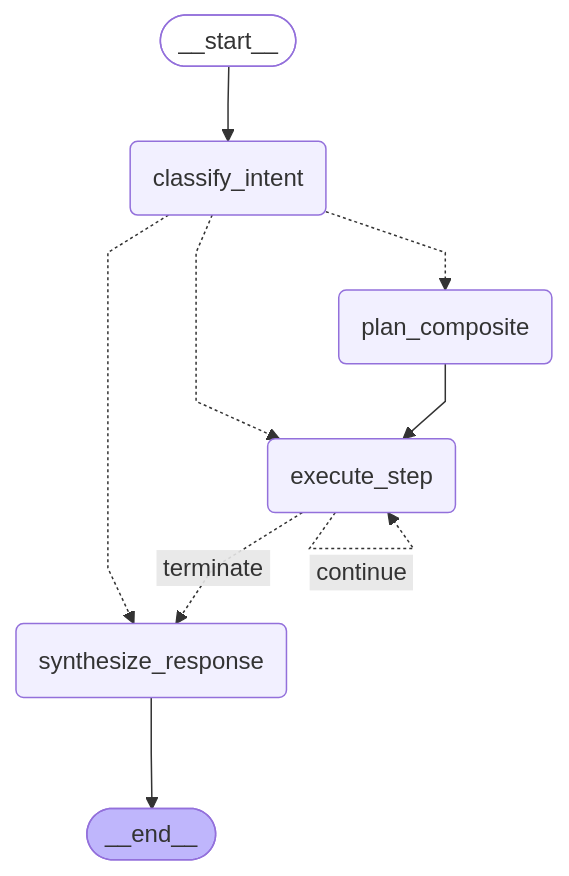
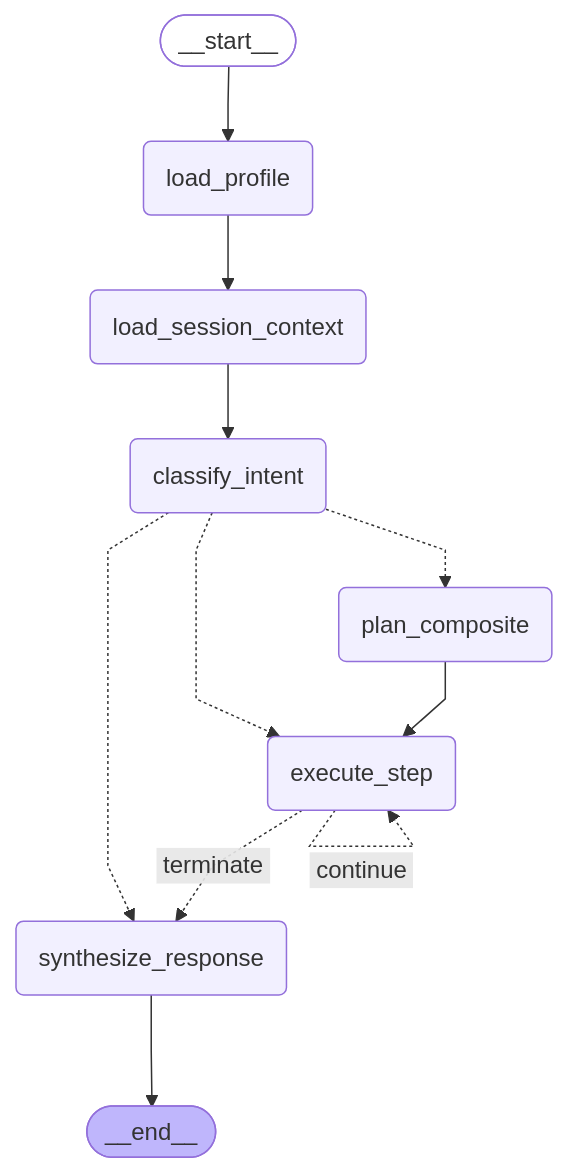
Before and after one commit to San-ti-P/ai-tutor: the diagram in docs/presentation/assets/orchestrator.mmd, drawn with Mermaid. The commit also changed 4 other files, not shown here.

First line of the commit message:
docs: regenerate agent graphs from dev + add slideshow.md

```diff
--- a/docs/presentation/assets/orchestrator.mmd
+++ b/docs/presentation/assets/orchestrator.mmd
@@ -1,23 +1,27 @@
 ---
 config:
   flowchart:
     curve: linear
 ---
 graph TD;
 	__start__([<p>__start__</p>]):::first
+	load_profile(load_profile)
+	load_session_context(load_session_context)
 	classify_intent(classify_intent)
 	plan_composite(plan_composite)
 	execute_step(execute_step)
 	synthesize_response(synthesize_response)
 	__end__([<p>__end__</p>]):::last
-	__start__ --> classify_intent;
+	__start__ --> load_profile;
 	classify_intent -.-> execute_step;
 	classify_intent -.-> plan_composite;
 	classify_intent -.-> synthesize_response;
 	execute_step -. &nbsp;terminate&nbsp; .-> synthesize_response;
+	load_profile --> load_session_context;
+	load_session_context --> classify_intent;
 	plan_composite --> execute_step;
 	synthesize_response --> __end__;
 	execute_step -. &nbsp;continue&nbsp; .-> execute_step;
 	classDef default fill:#f2f0ff,line-height:1.2
 	classDef first fill-opacity:0
 	classDef last fill:#bfb6fc
```
